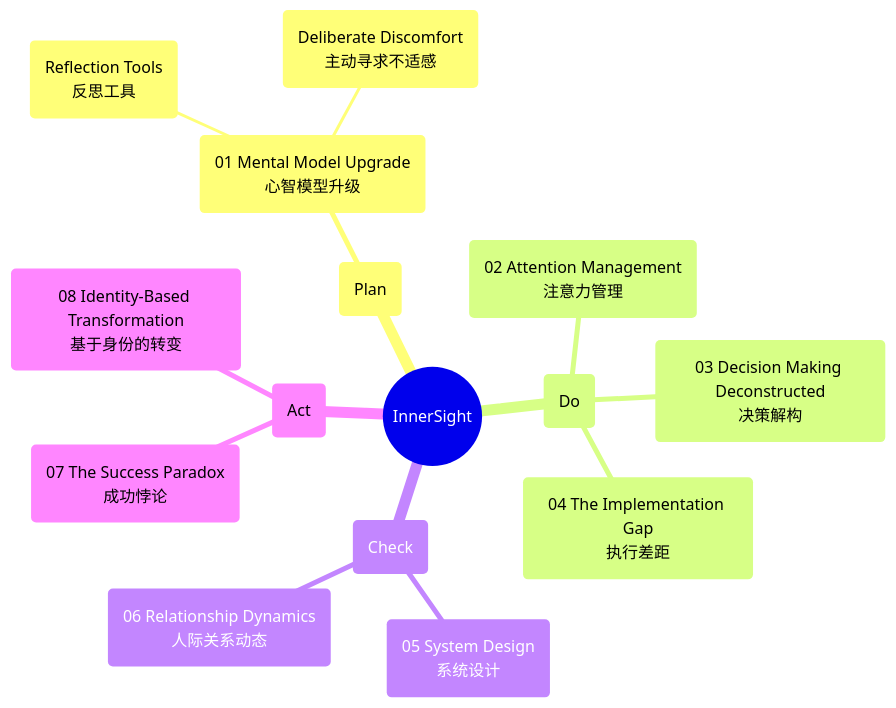
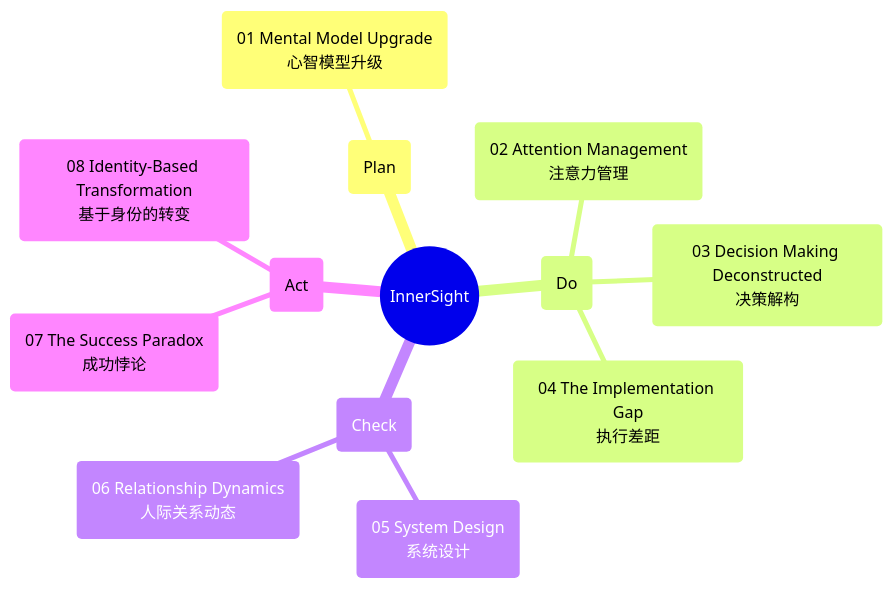
Before and after one commit to LixiaEchoTang/Starting-A-Business: the sixth of 6 diagrams in README.md, drawn with Mermaid.

````diff
--- a/README.md
+++ b/README.md
@@ -311,24 +311,21 @@
 ```mermaid
 mindmap
   root((InnerSight))
     %% 第一层
     Plan(Plan)
       %% 第二层
       MentalModelUpgrade(01 Mental Model Upgrade<br>心智模型升级)
-        %% 第三层
-        ReflectionTools(Reflection Tools<br>反思工具)
-        DeliberateDiscomfort(Deliberate Discomfort<br>主动寻求不适感)
 
     Do(Do)
       AttentionManagement(02 Attention Management<br>注意力管理)
       DecisionMaking(03 Decision Making Deconstructed<br>决策解构)
       ImplementationGap(04 The Implementation Gap<br>执行差距)
 
     Check(Check)
       SystemDesign(05 System Design<br>系统设计)
       Relationship(06 Relationship Dynamics<br>人际关系动态)
 
     Act(Act)
       SuccessParadox(07 The Success Paradox<br>成功悖论)
       IdentityTransformation(08 Identity-Based Transformation<br>基于身份的转变)
 ```
````
